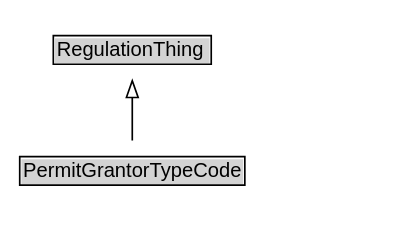
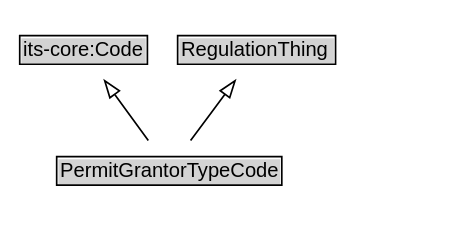
Before and after one commit to k-vaughn/ontology-its-regulation: the diagram in docs/diagrams/PermitGrantorTypeCode.dot, drawn with Graphviz. The commit also changed 40 other files, not shown here.

```diff
--- a/docs/diagrams/PermitGrantorTypeCode.dot
+++ b/docs/diagrams/PermitGrantorTypeCode.dot
@@ -1,19 +1,21 @@
 // Diagram for PermitGrantorTypeCode
 digraph {
 	graph [overlap=false rankdir=TB splines=true]
 	node [fontname=Arial fontsize=12 margin=0 shape=none]
 	edge [fontname=Arial fontsize=11]
 	{
 		rank=source
+		"its-core_Code" [label=<<TABLE BORDER="1" CELLBORDER="0" CELLSPACING="0" CELLPADDING="1"><TR><TD BGCOLOR="lightgray" ALIGN="CENTER">its-core:Code</TD></TR></TABLE>> URL="https://w3id.org/itsdata/core/v1/Code" margin=0]
 		RegulationThing [label=<<TABLE BORDER="1" CELLBORDER="0" CELLSPACING="0" CELLPADDING="1"><TR><TD BGCOLOR="lightgray" ALIGN="CENTER">RegulationThing</TD></TR></TABLE>> URL="../RegulationThing" margin=0]
 	}
 	PermitGrantorTypeCode [label=<<TABLE BORDER="1" CELLBORDER="0" CELLSPACING="0" CELLPADDING="1"><TR><TD BGCOLOR="lightgray" ALIGN="CENTER">PermitGrantorTypeCode</TD></TR></TABLE>> URL="../PermitGrantorTypeCode" margin=0]
 	{
 		rank=max
 	}
 	subgraph cluster_associated {
 		label="" style=invis
 		Invis [label=<<TABLE BORDER="0" CELLBORDER="0" CELLSPACING="0" CELLPADDING="1"><TR><TD></TD></TR></TABLE>> margin=0 style=invis]
 	}
+	PermitGrantorTypeCode -> "its-core_Code" [arrowhead=onormal style=solid]
 	PermitGrantorTypeCode -> RegulationThing [arrowhead=onormal style=solid]
 }
```
